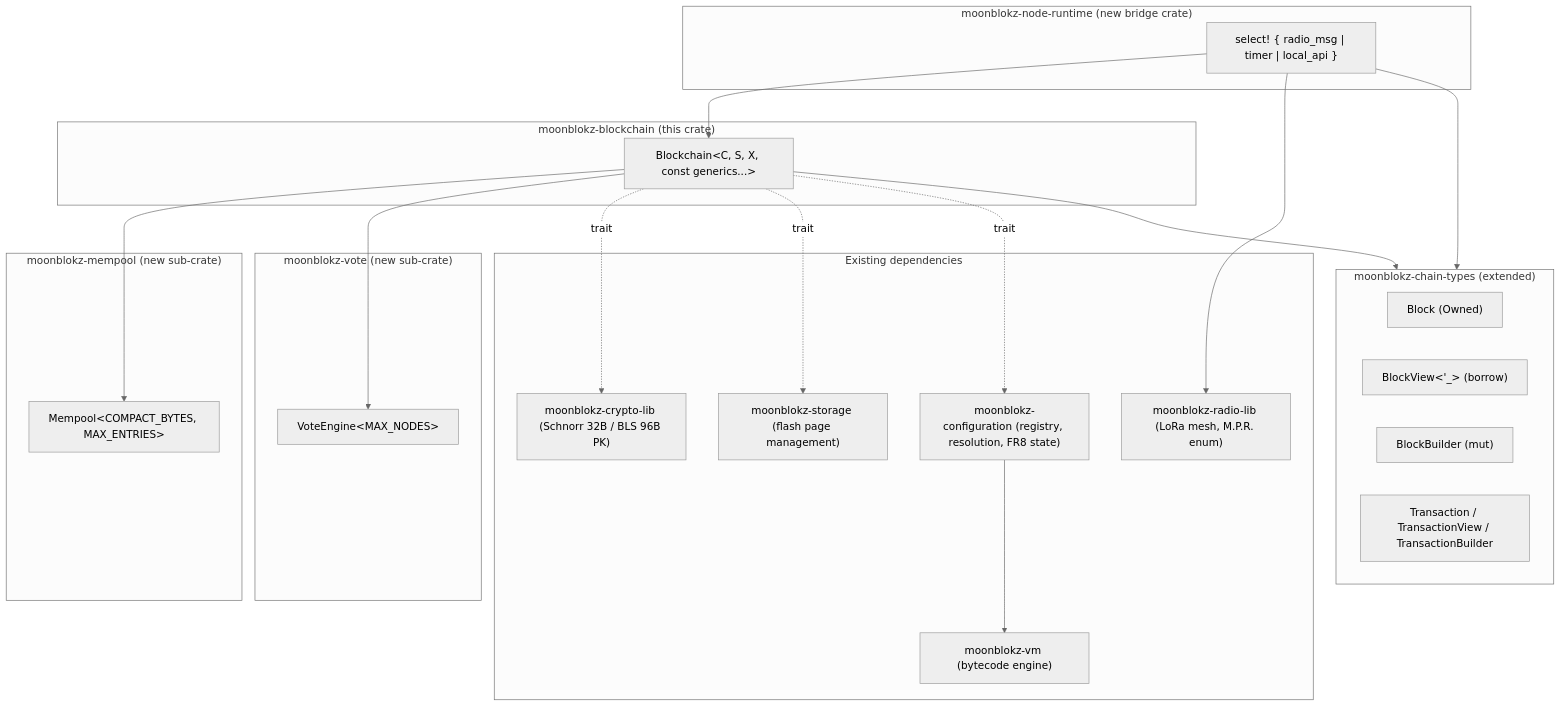
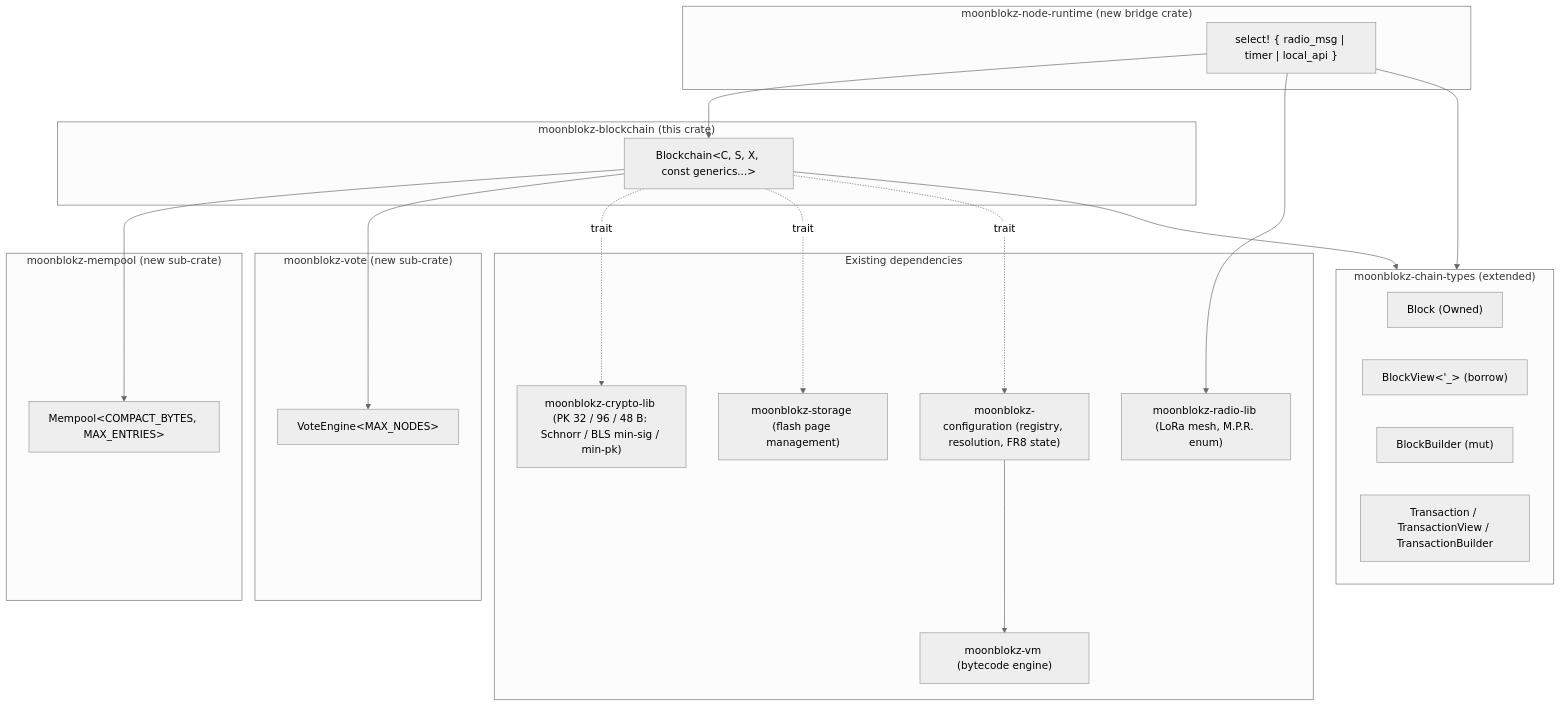
Before and after one commit to petersallai/moonblokz-info: the first of 3 diagrams in moonblokz-blockchain-architecture.md, drawn with Mermaid (neutral theme). The commit also changed other lines of this file and 17 other files, not shown here.

````diff
--- a/moonblokz-blockchain-architecture.md
+++ b/moonblokz-blockchain-architecture.md
@@ -119,39 +119,39 @@
 ```mermaid
 graph TB
     subgraph ChainLib["moonblokz-blockchain (this crate)"]
         BC["Blockchain&lt;C, S, X, const generics...&gt;"]
     end
     subgraph Mempool["moonblokz-mempool (new sub-crate)"]
         MP["Mempool&lt;COMPACT_BYTES, MAX_ENTRIES&gt;"]
     end
     subgraph Vote["moonblokz-vote (new sub-crate)"]
         VE["VoteEngine&lt;MAX_NODES&gt;"]
     end
     subgraph Runtime["moonblokz-node-runtime (new bridge crate)"]
         BR["select! { radio_msg | timer | local_api }"]
     end
     subgraph Types["moonblokz-chain-types (extended)"]
         T1["Block (Owned)"]
         T2["BlockView&lt;'_&gt; (borrow)"]
         T3["BlockBuilder (mut)"]
         T4["Transaction / TransactionView / TransactionBuilder"]
     end
     subgraph Existing["Existing dependencies"]
-        Crypto["moonblokz-crypto-lib (Schnorr 32B / BLS 96B PK)"]
+        Crypto["moonblokz-crypto-lib (PK 32 / 96 / 48 B: Schnorr / BLS min-sig / min-pk)"]
         Storage["moonblokz-storage (flash page management)"]
         Radio["moonblokz-radio-lib (LoRa mesh, M.P.R. enum)"]
         Config["moonblokz-configuration (registry, resolution, FR8 state)"]
         Vm["moonblokz-vm (bytecode engine)"]
     end
 
     BC --> MP
     BC --> VE
     BC --> Types
     BC -.trait.-> Crypto
     BC -.trait.-> Storage
     BC -.trait.-> Config
     Config --> Vm
     BR --> BC
     BR --> Radio
     BR --> Types
 ```
````
